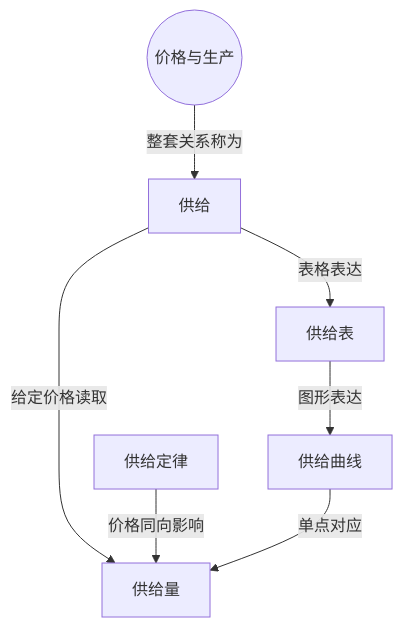
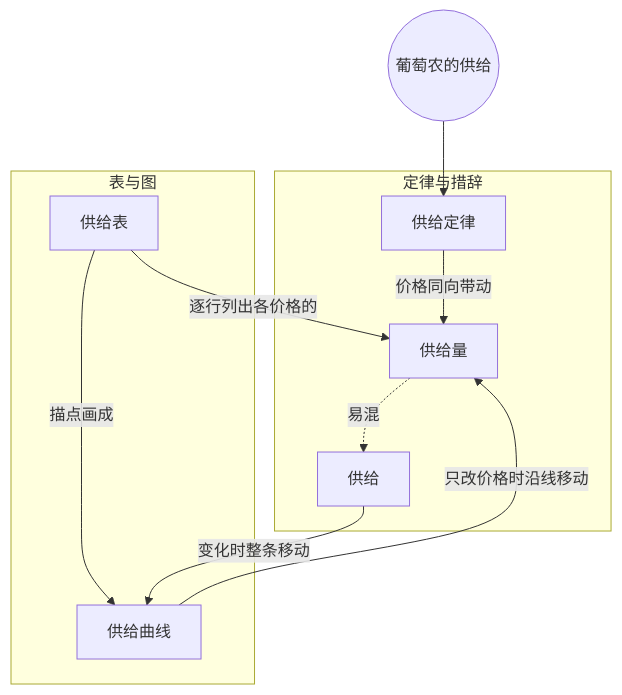
The diagram in examples/可汗微观经济学-前15集/notes/013-第13讲 供给定律.md (lucky-Luor/bilibili-douyin-notes), drawn with Mermaid before and after one commit. The commit also changed other lines of this file and 18 other files, not shown here.

````diff
--- a/examples/可汗微观经济学-前15集/notes/013-第13讲 供给定律.md
+++ b/examples/可汗微观经济学-前15集/notes/013-第13讲 供给定律.md
@@ -38,9 +94,20 @@
 ```mermaid
 graph TD
-  R((价格与生产)) -->|整套关系称为| S[供给]
-  S -->|给定价格读取| Q[供给量]
-  L[供给定律] -->|价格同向影响| Q
-  S -->|表格表达| T[供给表]
-  T -->|图形表达| C[供给曲线]
-  C -->|单点对应| Q
+  R((葡萄农的供给))
+  subgraph 定律与措辞
+    LS[供给定律]
+    QS[供给量]
+    S[供给]
+  end
+  subgraph 表与图
+    SS[供给表]
+    SC[供给曲线]
+  end
+  R --> LS
+  LS -->|价格同向带动| QS
+  SS -->|逐行列出各价格的| QS
+  SS -->|描点画成| SC
+  SC -->|只改价格时沿线移动| QS
+  S -->|变化时整条移动| SC
+  QS -.->|易混| S
 ```
````
